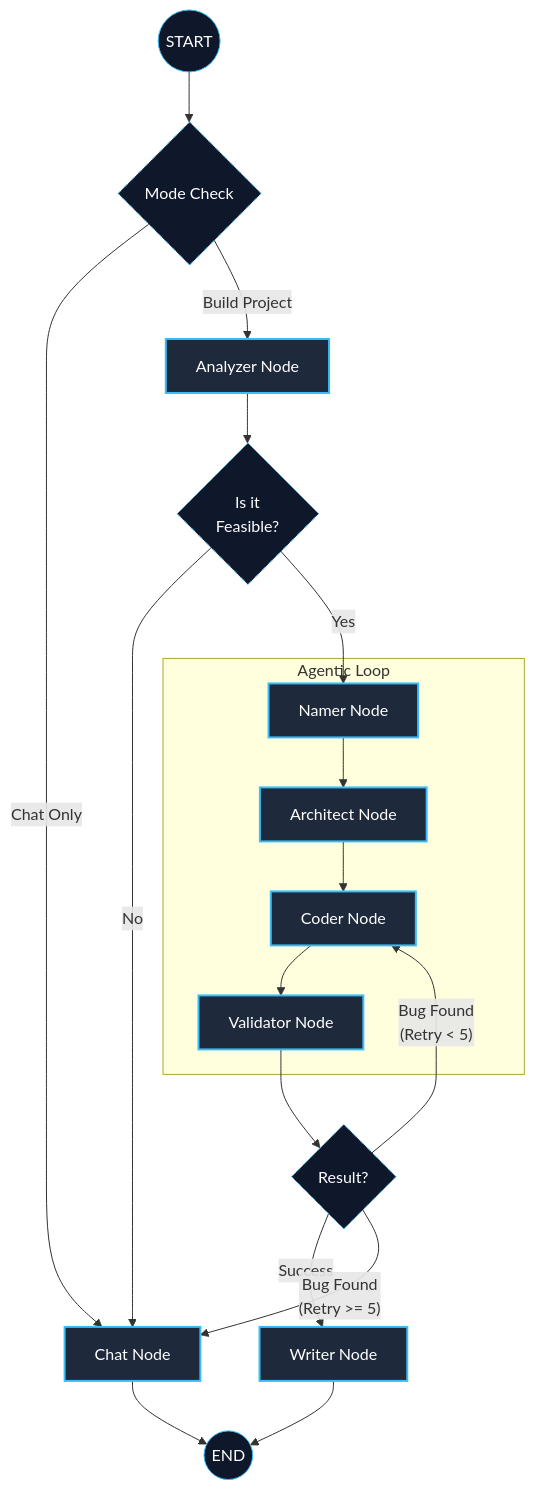
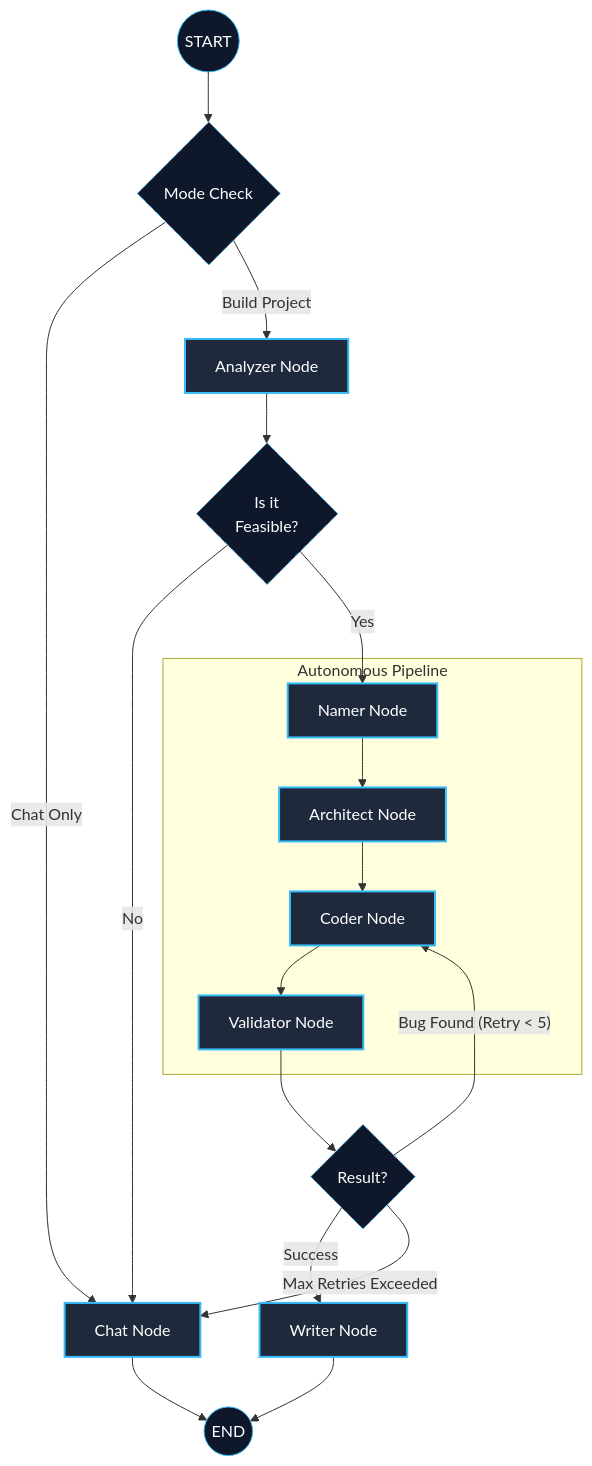
One commit to DurgaBhavani695/AgenticBuild changed the diagram in README.md. Above: the diagram before and after it, drawn with Mermaid.

Commit message:
docs: finalize Mermaid diagram with non-overlapping labels and improved routing logic

````diff
--- a/README.md
+++ b/README.md
@@ -13,41 +13,43 @@
 ```mermaid
 graph TD
     %% Entry Point
     START((START)) --> Mode{Mode Check}
     
     %% Main Branches
-    Mode -- "Chat Only" --> Chat[Chat Node]
-    Mode -- "Build Project" --> Analyzer[Analyzer Node]
+    Mode -->|"Chat Only"| Chat[Chat Node]
+    Mode -->|"Build Project"| Analyzer[Analyzer Node]
     
     %% Feasibility Gate
     Analyzer --> Feasible{Is it<br/>Feasible?}
-    Feasible -- "No" --> Chat
-    Feasible -- "Yes" --> Namer[Namer Node]
+    Feasible -->|No| Chat
+    Feasible -->|Yes| Namer[Namer Node]
     
-    %% Build Flow
-    subgraph "Agentic Loop"
+    %% Main Pipeline
+    subgraph "Autonomous Pipeline"
         Namer --> Architect[Architect Node]
         Architect --> Coder[Coder Node]
         Coder --> Validator[Validator Node]
     end
     
     %% Self-Healing Logic
     Validator --> Result{Result?}
-    Result -- "Success" --> Writer[Writer Node]
-    Result -- "Bug Found<br/>(Retry < 5)" --> Coder
-    Result -- "Bug Found<br/>(Retry >= 5)" --> Chat
+    
+    %% Routing Paths
+    Result -->|Success| Writer[Writer Node]
+    Result -->|"Bug Found (Retry < 5)"| Coder
+    Result -->|"Max Retries Exceeded"| Chat
     
     %% Endings
     Writer --> END((END))
     Chat --> END
     
     %% Visual Styles
     style START fill:#0f172a,stroke:#38bdf8,color:#fff
     style END fill:#0f172a,stroke:#38bdf8,color:#fff
     
     classDef expertNode fill:#1e293b,stroke:#38bdf8,stroke-width:2px,color:#fff
     class Analyzer,Chat,Namer,Architect,Coder,Validator,Writer expertNode
     
     classDef decision fill:#0f172a,stroke:#38bdf8,stroke-dasharray: 5 5,color:#fff
     class Mode,Feasible,Result decision
 ```
````
